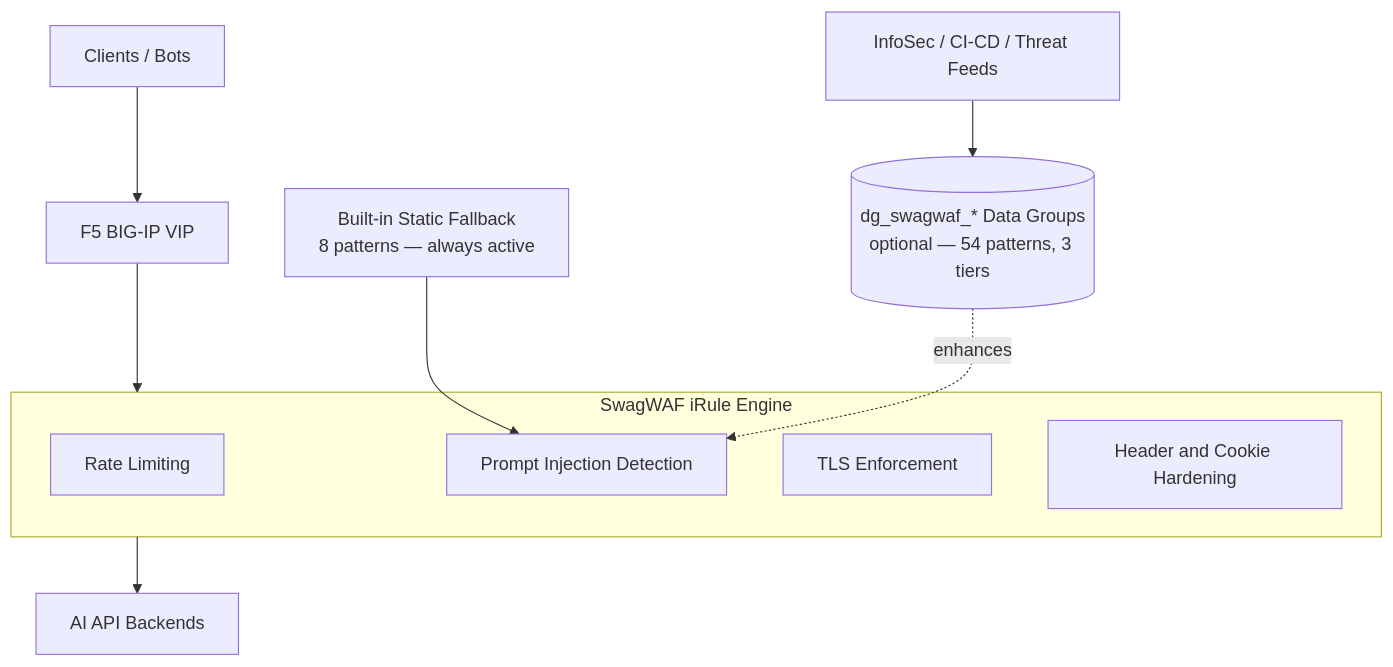
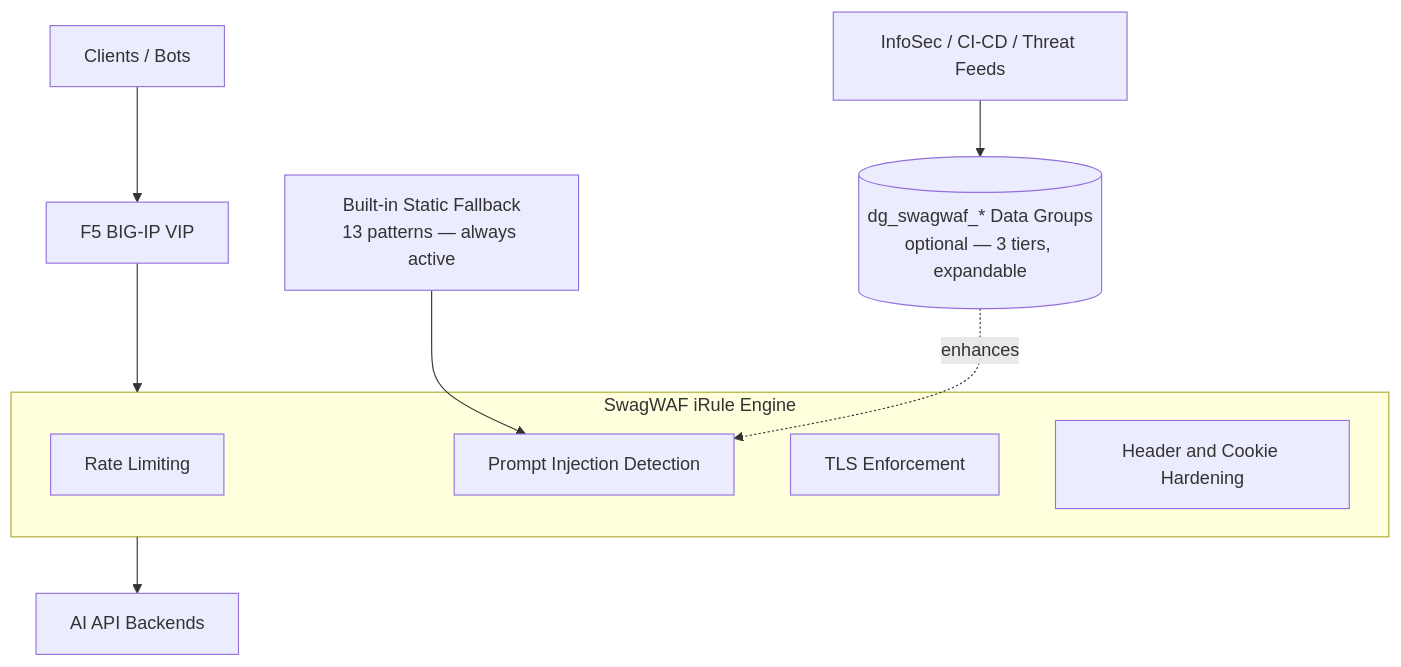
Before and after one commit to LogicWizards/SwagWAF: the first of 2 diagrams in README.md, drawn with Mermaid. The commit also changed other lines of this file and 7 other files, not shown here.

````diff
--- a/README.md
+++ b/README.md
@@ -77,18 +79,18 @@
 ```mermaid
 flowchart TD
     A[Clients / Bots] --> B[F5 BIG-IP VIP]
 
     subgraph SWAGWAF[SwagWAF iRule Engine]
         C1[Rate Limiting]
         C2[Prompt Injection Detection]
         C3[TLS Enforcement]
         C4[Header and Cookie Hardening]
     end
 
     B --> SWAGWAF
     SWAGWAF --> D[AI API Backends]
 
-    G[Built-in Static Fallback\n8 patterns — always active] --> C2
-    E[(dg_swagwaf_* Data Groups\noptional — 54 patterns, 3 tiers)] -.->|enhances| C2
+    G[Built-in Static Fallback\n13 patterns — always active] --> C2
+    E[(dg_swagwaf_* Data Groups\noptional — 3 tiers, expandable)] -.->|enhances| C2
     F[InfoSec / CI-CD / Threat Feeds] --> E
 ```
````
